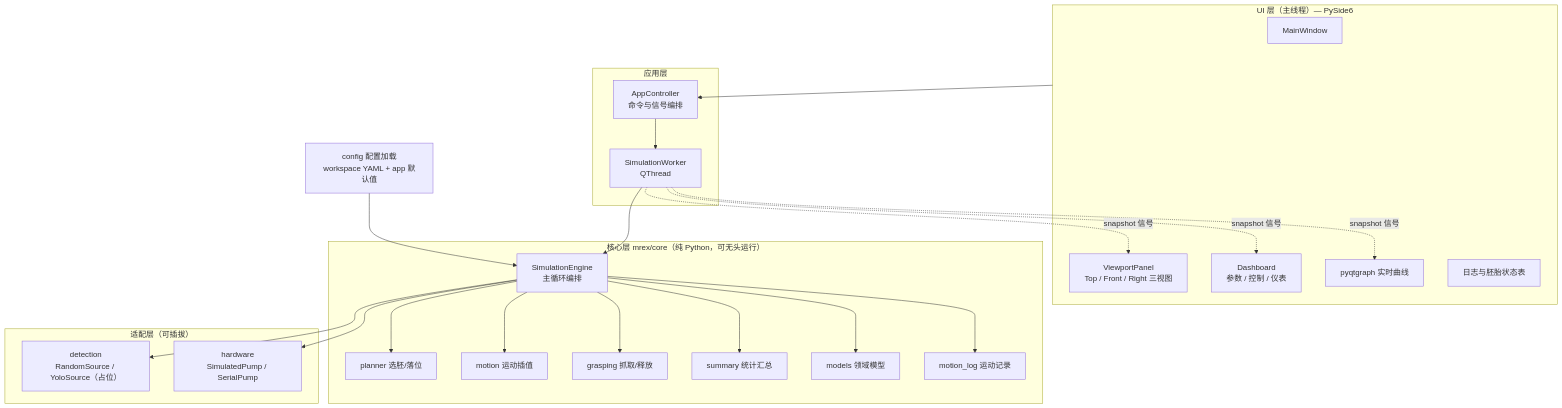
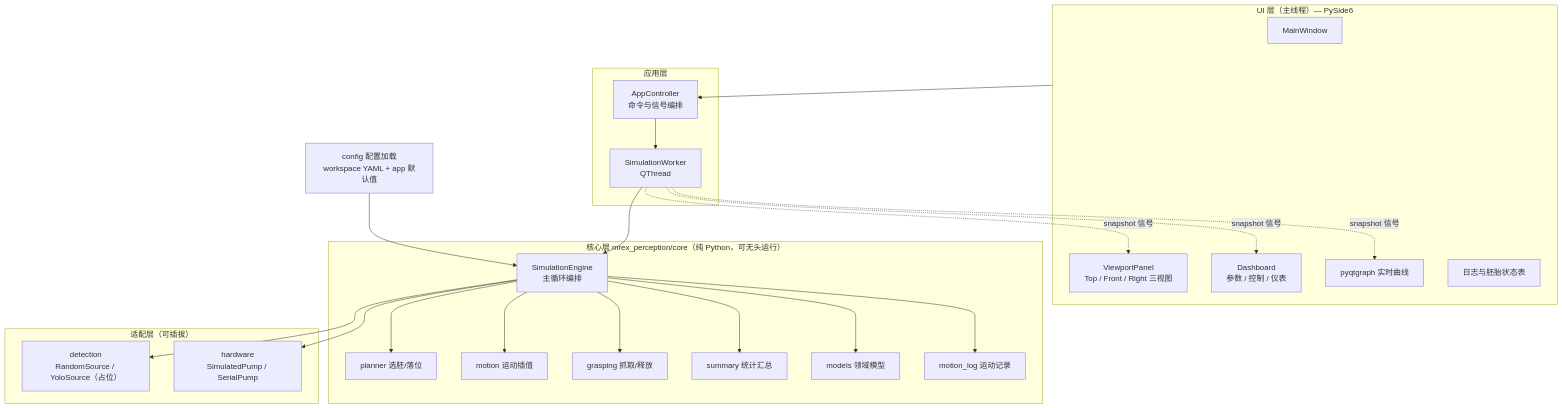
The first of 3 diagrams in doc/python-architecture.md (Axiom117/M-REx_Perception), drawn with Mermaid before and after one commit. The commit also changed other lines of this file and 16 other files, not shown here.

Commit message:
Rename package mrex -> mrex_perception (folder, imports, docs, tooling)

````diff
--- a/doc/python-architecture.md
+++ b/doc/python-architecture.md
@@ -51,48 +51,48 @@
 ```mermaid
 flowchart TB
     subgraph UI["UI 层（主线程）— PySide6"]
         MW[MainWindow]
         VP[ViewportPanel<br/>Top / Front / Right 三视图]
         DASH[Dashboard<br/>参数 / 控制 / 仪表]
         CHARTS[pyqtgraph 实时曲线]
         LOG[日志与胚胎状态表]
     end
 
     subgraph APP["应用层"]
         CTRL[AppController<br/>命令与信号编排]
         WORKER[SimulationWorker<br/>QThread]
     end
 
-    subgraph CORE["核心层 mrex/core（纯 Python，可无头运行）"]
+    subgraph CORE["核心层 mrex_perception/core（纯 Python，可无头运行）"]
         ENGINE[SimulationEngine<br/>主循环编排]
         PLANNER[planner 选胚/落位]
         MOTION[motion 运动插值]
         GRASP[grasping 抓取/释放]
         SUMMARY[summary 统计汇总]
         MODELS[models 领域模型]
         MLOG[motion_log 运动记录]
     end
 
     subgraph ADAPTERS["适配层（可插拔）"]
         SRCDET[detection<br/>RandomSource / YoloSource（占位）]
         HW[hardware<br/>SimulatedPump / SerialPump]
     end
 
     CFG[config 配置加载<br/>workspace YAML + app 默认值]
 
     CTRL --> WORKER
     WORKER --> ENGINE
     UI --> CTRL
     ENGINE --> PLANNER
     ENGINE --> MOTION
     ENGINE --> GRASP
     ENGINE --> MLOG
     ENGINE --> SUMMARY
     ENGINE --> MODELS
     ENGINE --> SRCDET
     ENGINE --> HW
     CFG --> ENGINE
     WORKER -.snapshot 信号.-> VP
     WORKER -.snapshot 信号.-> DASH
     WORKER -.snapshot 信号.-> CHARTS
 ```
````
